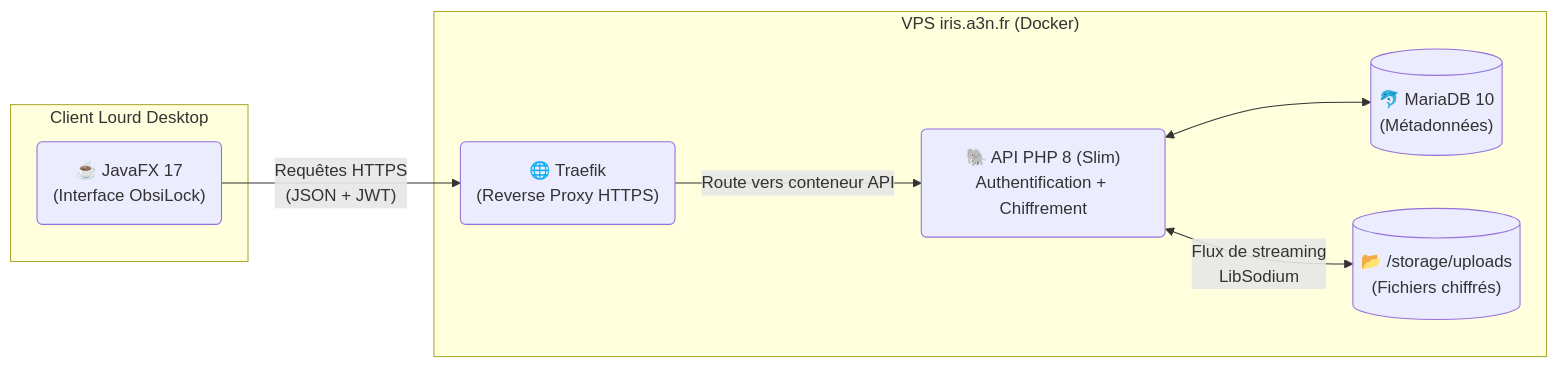
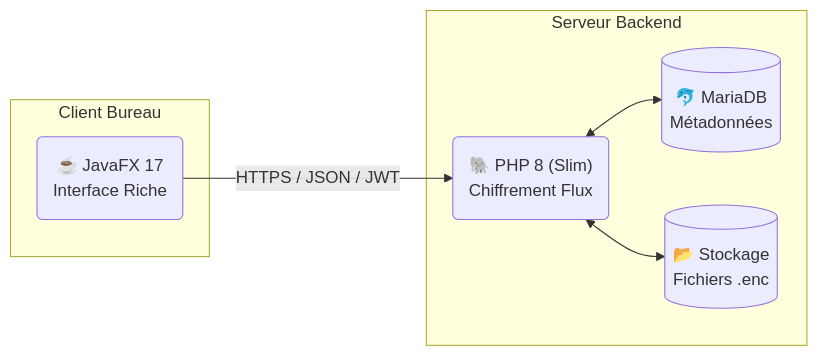
One commit to Momjax/Backup_ObsiLock_Mohamed changed the first of 2 diagrams in DOCS/01_Cahier_des_Charges.md. Above: the diagram before and after it, drawn with Mermaid. The commit also changed other lines of this file and 53 other files, not shown here.

````diff
--- a/DOCS/01_Cahier_des_Charges.md
+++ b/DOCS/01_Cahier_des_Charges.md
@@ -21,18 +11,16 @@
 ```mermaid
 flowchart LR
-    subgraph Client ["Client Lourd Desktop"]
-        JavaFX("☕ JavaFX 17<br/>(Interface ObsiLock)")
+    subgraph Frontend [Client Bureau]
+        Java("☕ JavaFX 17<br/>Interface Riche")
     end
-
-    subgraph Server ["VPS iris.a3n.fr (Docker)"]
-        Traefik("🌐 Traefik<br/>(Reverse Proxy HTTPS)")
-        API("🐘 API PHP 8 (Slim)<br/>Authentification + Chiffrement")
-        DB[("🐬 MariaDB 10<br/>(Métadonnées)")]
-        Storage[("📂 /storage/uploads<br/>(Fichiers chiffrés)")]
+    
+    subgraph API [Serveur Backend]
+        PHP("🐘 PHP 8 (Slim)<br/>Chiffrement Flux")
+        DB[("🐬 MariaDB<br/>Métadonnées")]
+        FS[("📂 Stockage<br/>Fichiers .enc")]
     end
-
-    JavaFX -- "Requêtes HTTPS<br/>(JSON + JWT)" --> Traefik
-    Traefik -- "Route vers conteneur API" --> API
-    API <--> DB
-    API -- "Flux de streaming<br/>LibSodium" <--> Storage
+    
+    Java -- "HTTPS / JSON / JWT" --> PHP
+    PHP <--> DB
+    PHP <--> FS
 ```
````
